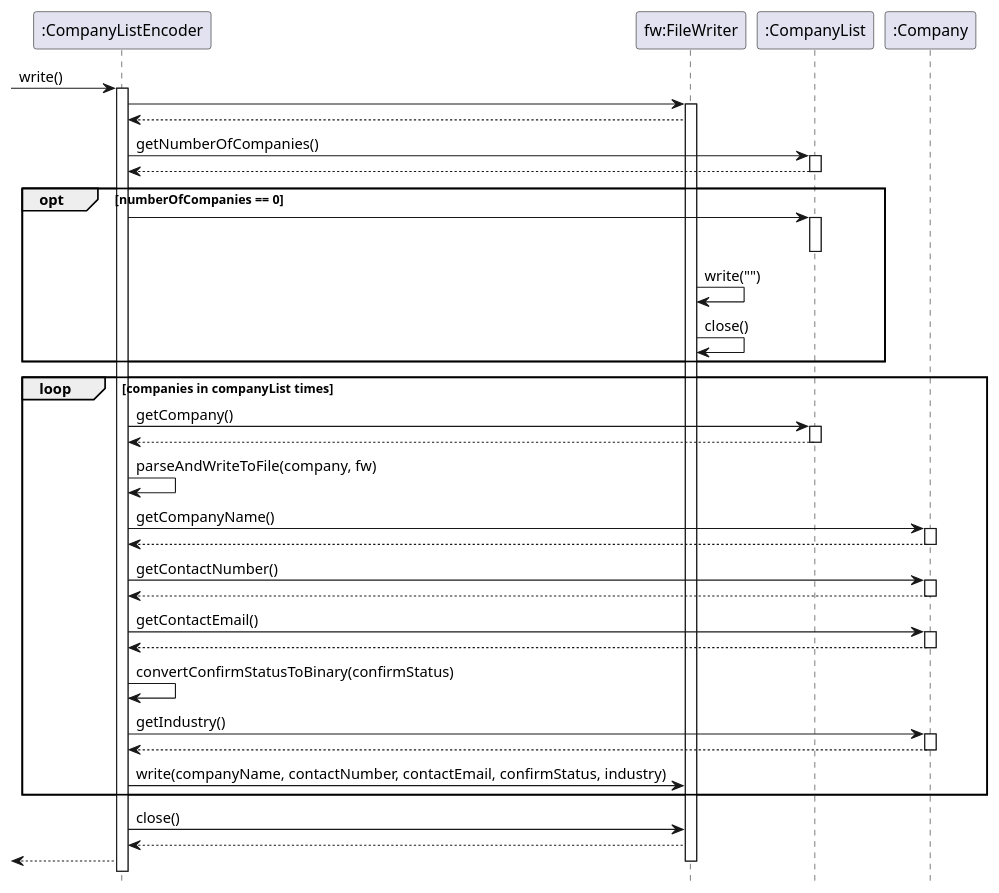
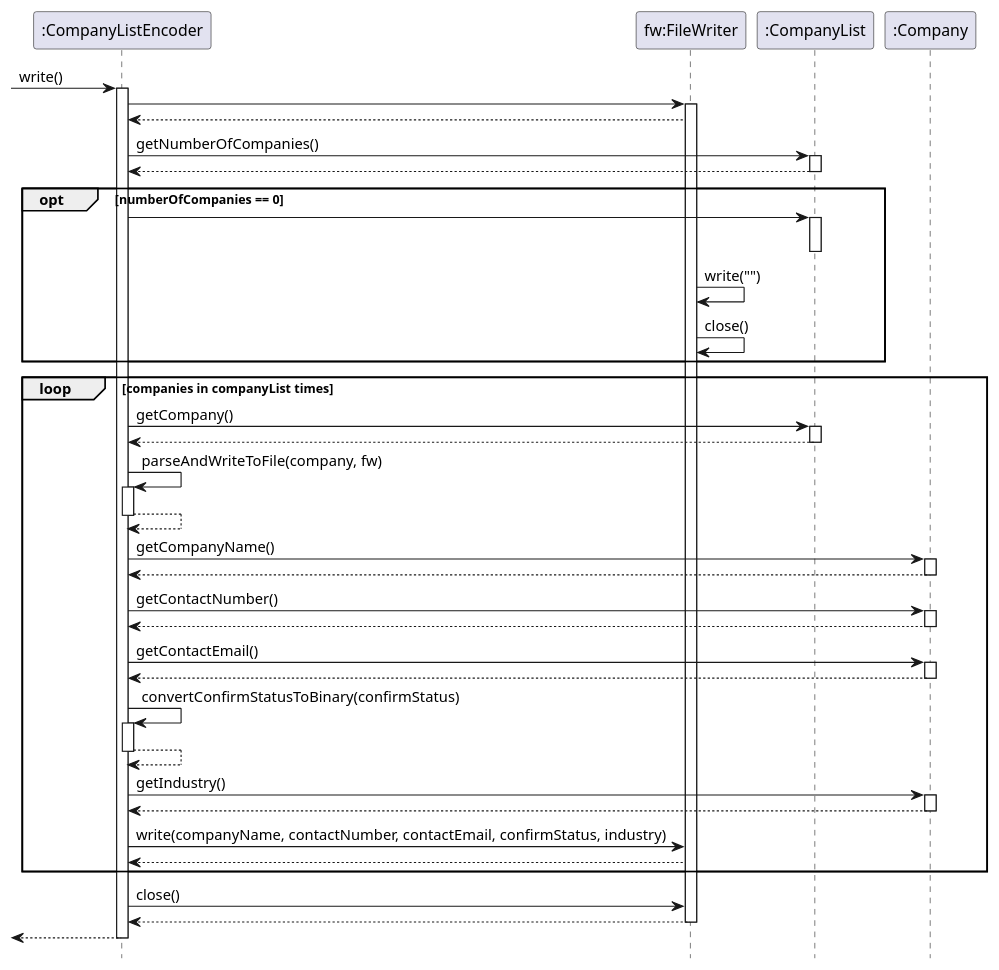
One commit to nus-cs2113-AY2223S2/tp changed the diagram in docs/UML/Encoder.puml. Above: the diagram before and after it, drawn with PlantUML.

Commit message:
Add activation bars for self-calling methods in Encoder Sequence Diagram

```diff
--- a/docs/UML/Encoder.puml
+++ b/docs/UML/Encoder.puml
@@ -1,58 +1,69 @@
 @startuml
 'https://plantuml.com/sequence-diagram
 
 
 hide footbox
  -> ":CompanyListEncoder": write()
     activate ":CompanyListEncoder"
         ":CompanyListEncoder" -> "fw:FileWriter":
         activate "fw:FileWriter"
             "fw:FileWriter" --> ":CompanyListEncoder"
 
             ":CompanyListEncoder" -> ":CompanyList": getNumberOfCompanies()
             activate ":CompanyList"
             ":CompanyList" --> ":CompanyListEncoder"
             deactivate ":CompanyList"
             opt numberOfCompanies == 0
                 ":CompanyList" <- ":CompanyListEncoder":
                 activate ":CompanyList"
                 deactivate ":CompanyList"
                 "fw:FileWriter" -> "fw:FileWriter": write("")
                 "fw:FileWriter" -> "fw:FileWriter": close()
             end
             loop companies in companyList times
                 ":CompanyListEncoder" -> ":CompanyList": getCompany()
                 activate ":CompanyList"
                 ":CompanyListEncoder" <-- ":CompanyList":
                 deactivate ":CompanyList"
+
                 ":CompanyListEncoder" -> ":CompanyListEncoder": parseAndWriteToFile(company, fw)
+                activate ":CompanyListEncoder"
+                ":CompanyListEncoder" --> ":CompanyListEncoder"
+                deactivate ":CompanyListEncoder"
 
                 ":CompanyListEncoder" -> ":Company": getCompanyName()
                 activate ":Company"
                 ":CompanyListEncoder" <-- ":Company":
                 deactivate ":Company"
 
                 ":CompanyListEncoder" -> ":Company": getContactNumber()
                 activate ":Company"
                 ":CompanyListEncoder" <-- ":Company":
                 deactivate ":Company"
 
                 ":CompanyListEncoder" -> ":Company": getContactEmail()
                 activate ":Company"
                 ":CompanyListEncoder" <-- ":Company":
                 deactivate ":Company"
 
                 ":CompanyListEncoder" -> ":CompanyListEncoder": convertConfirmStatusToBinary(confirmStatus)
+                activate ":CompanyListEncoder"
+                ":CompanyListEncoder" --> ":CompanyListEncoder":
+                deactivate ":CompanyListEncoder"
+
                 ":CompanyListEncoder" -> ":Company": getIndustry()
                 activate ":Company"
                 ":CompanyListEncoder" <-- ":Company":
                 deactivate ":Company"
 
                 ":CompanyListEncoder" -> "fw:FileWriter": write(companyName, contactNumber, contactEmail, confirmStatus, industry)
+                "fw:FileWriter" --> ":CompanyListEncoder"
             end
             ":CompanyListEncoder" -> "fw:FileWriter": close()
             ":CompanyListEncoder" <-- "fw:FileWriter"
+            deactivate "fw:FileWriter"
             <-- ":CompanyListEncoder"
-        deactivate "fw:FileWriter"
+            deactivate ":CompanyListEncoder"
+
 
 @enduml
```
